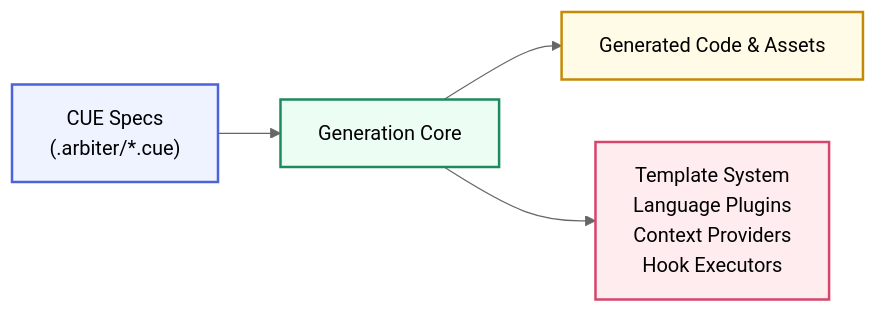
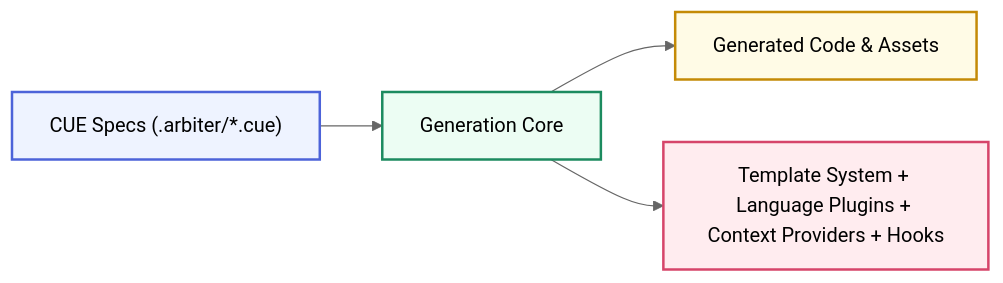
One commit to sibyllinesoft/arbiter changed the diagram in docs/content/guides/code-generation-architecture.md. Above: the diagram before and after it, drawn with Mermaid (neutral theme). The commit also changed other lines of this file and 4 other files, not shown here.

Commit message:
docs: align generation flow with project dir

````diff
--- a/docs/content/guides/code-generation-architecture.md
+++ b/docs/content/guides/code-generation-architecture.md
@@ -30,10 +30,10 @@
 ```mermaid
 flowchart LR
-    A["CUE Specs<br/>(.arbiter/*.cue)"] --> B["Generation Core"]
-    B --> C["Generated Code & Assets"]
-    B --> D["Template System<br/>Language Plugins<br/>Context Providers<br/>Hook Executors"]
-    style A fill:#eef3ff,stroke:#4c63d9,stroke-width:2px
-    style B fill:#ecfdf3,stroke:#1c8b5f,stroke-width:2px
-    style C fill:#fffbe6,stroke:#c48a06,stroke-width:2px
-    style D fill:#ffecef,stroke:#d6456a,stroke-width:2px
+    specs["CUE Specs (.arbiter/*.cue)"] --> core["Generation Core"]
+    core --> assets["Generated Code & Assets"]
+    core --> helpers["Template System + Language Plugins + Context Providers + Hooks"]
+    style specs fill:#eef3ff,stroke:#4c63d9,stroke-width:2px
+    style core fill:#ecfdf3,stroke:#1c8b5f,stroke-width:2px
+    style assets fill:#fffbe6,stroke:#c48a06,stroke-width:2px
+    style helpers fill:#ffecef,stroke:#d6456a,stroke-width:2px
 ```
````
